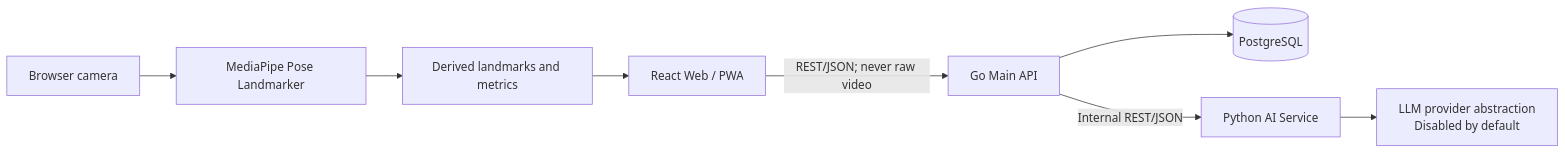
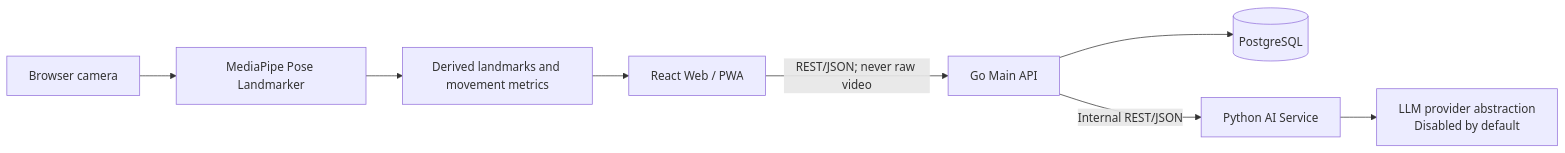
The diagram in README.md (err0r4o4-dev/kineguide-ai), drawn with Mermaid before and after one commit. The commit also changed other lines of this file and 37 other files, not shown here.

````diff
--- a/README.md
+++ b/README.md
@@ -15,10 +68,10 @@
 ```mermaid
 flowchart LR
     Camera[Browser camera] --> Pose[MediaPipe Pose Landmarker]
-    Pose --> Metrics[Derived landmarks and metrics]
+    Pose --> Metrics[Derived landmarks and movement metrics]
     Metrics --> Web[React Web / PWA]
     Web -->|REST/JSON; never raw video| API[Go Main API]
     API --> DB[(PostgreSQL)]
     API -->|Internal REST/JSON| AI[Python AI Service]
-    AI --> Provider[LLM provider abstraction\nDisabled by default]
+    AI --> Provider[LLM provider abstraction<br/>Disabled by default]
 ```
````
